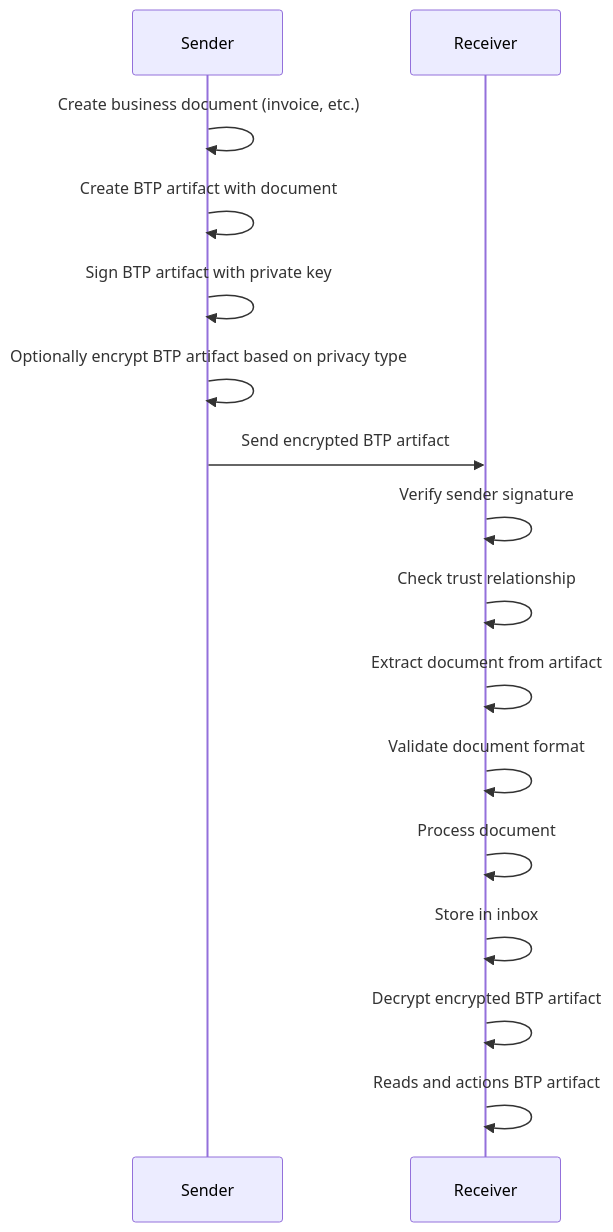
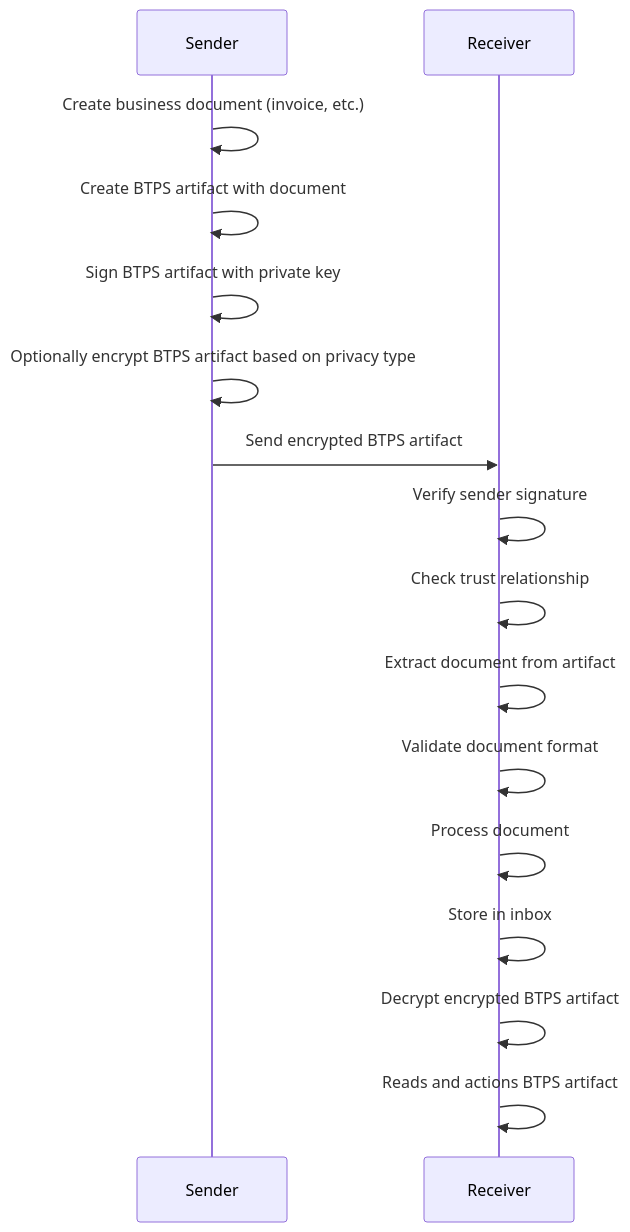
The fourth of 7 diagrams in docs/docusaurus/docs/protocol/messageFlow.md (openbtps/btps-node), drawn with Mermaid before and after one commit. The commit also changed other lines of this file and 19 other files, not shown here.

Commit message:
- updated BTP word to BTPS

````diff
--- a/docs/docusaurus/docs/protocol/messageFlow.md
+++ b/docs/docusaurus/docs/protocol/messageFlow.md
@@ -201,20 +210,20 @@
 ```mermaid
 sequenceDiagram
     participant S as Sender
     participant R as Receiver
-    
+
     S->>S: Create business document (invoice, etc.)
-    S->>S: Create BTP artifact with document
-    S->>S: Sign BTP artifact with private key
-    S->>S: Optionally encrypt BTP artifact based on privacy type
-    S->>R: Send encrypted BTP artifact
-    
+    S->>S: Create BTPS artifact with document
+    S->>S: Sign BTPS artifact with private key
+    S->>S: Optionally encrypt BTPS artifact based on privacy type
+    S->>R: Send encrypted BTPS artifact
+
     R->>R: Verify sender signature
     R->>R: Check trust relationship
     R->>R: Extract document from artifact
     R->>R: Validate document format
     R->>R: Process document
     R->>R: Store in inbox
-    R->>R: Decrypt encrypted BTP artifact
-    R->>R: Reads and actions BTP artifact
+    R->>R: Decrypt encrypted BTPS artifact
+    R->>R: Reads and actions BTPS artifact
 ```
````
